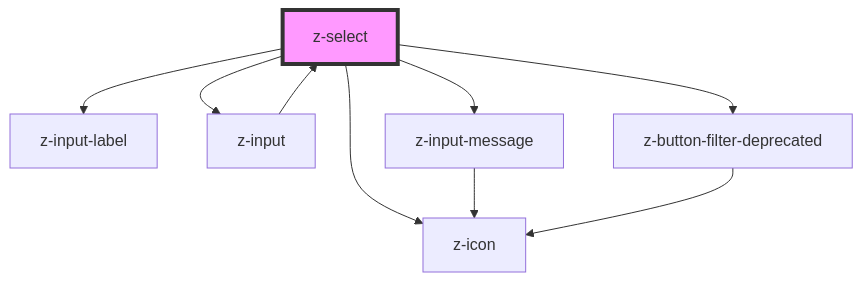
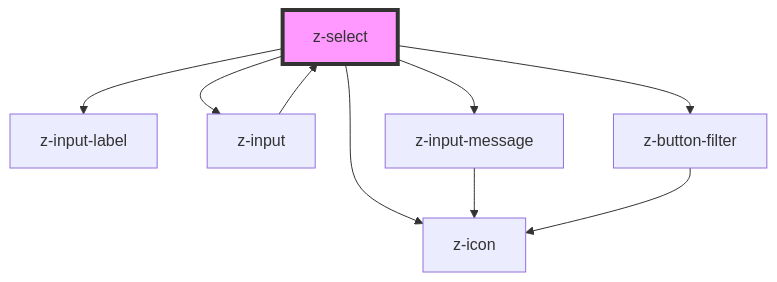
Before and after one commit to ZanichelliEditore/design-system: the diagram in src/components/inputs/z-select/readme.md, drawn with Mermaid. The commit also changed other lines of this file and 7 other files, not shown here.

Commit message:
fix: fix z-file style and z-select use deprecated z-button-filter

````diff
--- a/src/components/inputs/z-select/readme.md
+++ b/src/components/inputs/z-select/readme.md
@@ -84,12 +84,12 @@
 ```mermaid
 graph TD;
   z-select --> z-input-label
   z-select --> z-input
-  z-select --> z-button-filter-deprecated
+  z-select --> z-button-filter
   z-select --> z-icon
   z-select --> z-input-message
   z-input --> z-select
   z-input-message --> z-icon
-  z-button-filter-deprecated --> z-icon
+  z-button-filter --> z-icon
   style z-select fill:#f9f,stroke:#333,stroke-width:4px
 ```
````
